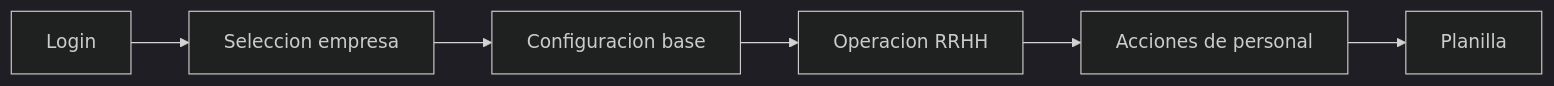
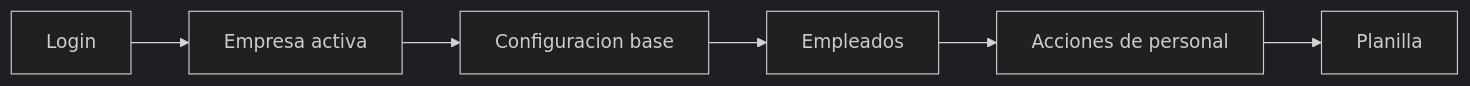
The diagram in docs/13-manual-usuario/07-MAPA-MENUS-Y-RUTAS.md (Robertoart13/NewKipital), drawn with Mermaid (dark theme) before and after one commit. The commit also changed other lines of this file and 37 other files, not shown here.

````diff
--- a/docs/13-manual-usuario/07-MAPA-MENUS-Y-RUTAS.md
+++ b/docs/13-manual-usuario/07-MAPA-MENUS-Y-RUTAS.md
@@ -31,8 +29,8 @@
 ```mermaid
 flowchart LR
-  A[Login] --> B[Seleccion empresa]
+  A[Login] --> B[Empresa activa]
   B --> C[Configuracion base]
-  C --> D[Operacion RRHH]
+  C --> D[Empleados]
   D --> E[Acciones de personal]
   E --> F[Planilla]
 ```
````
